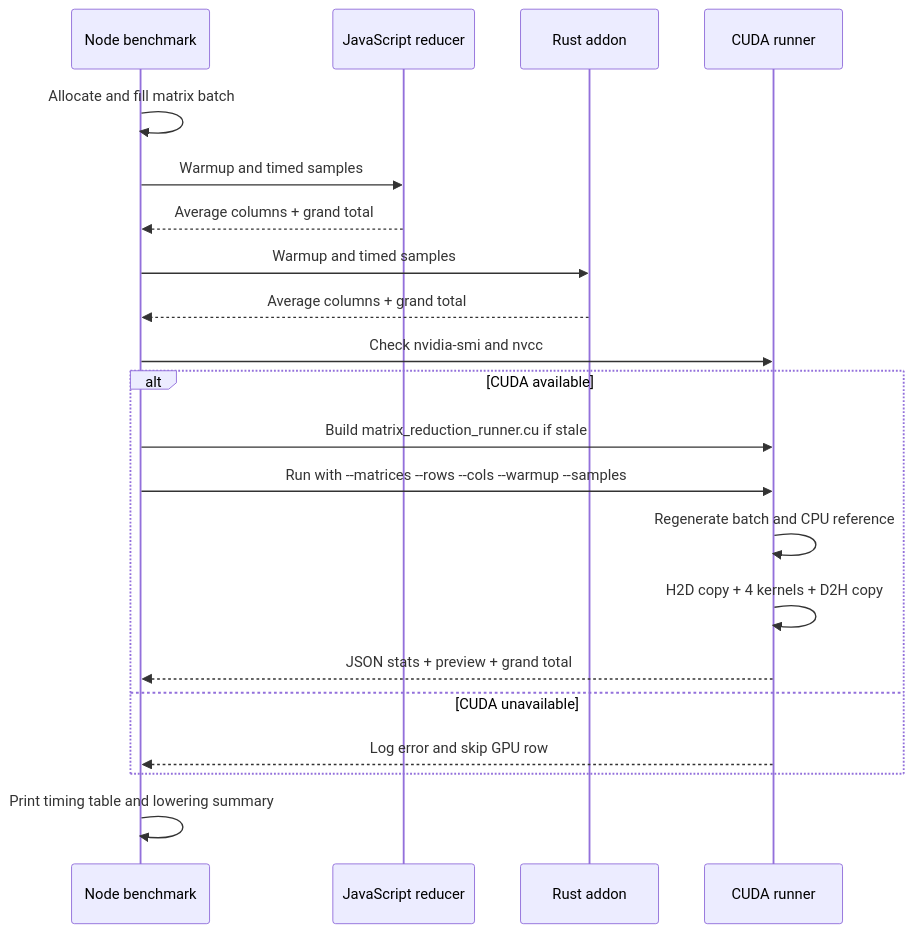
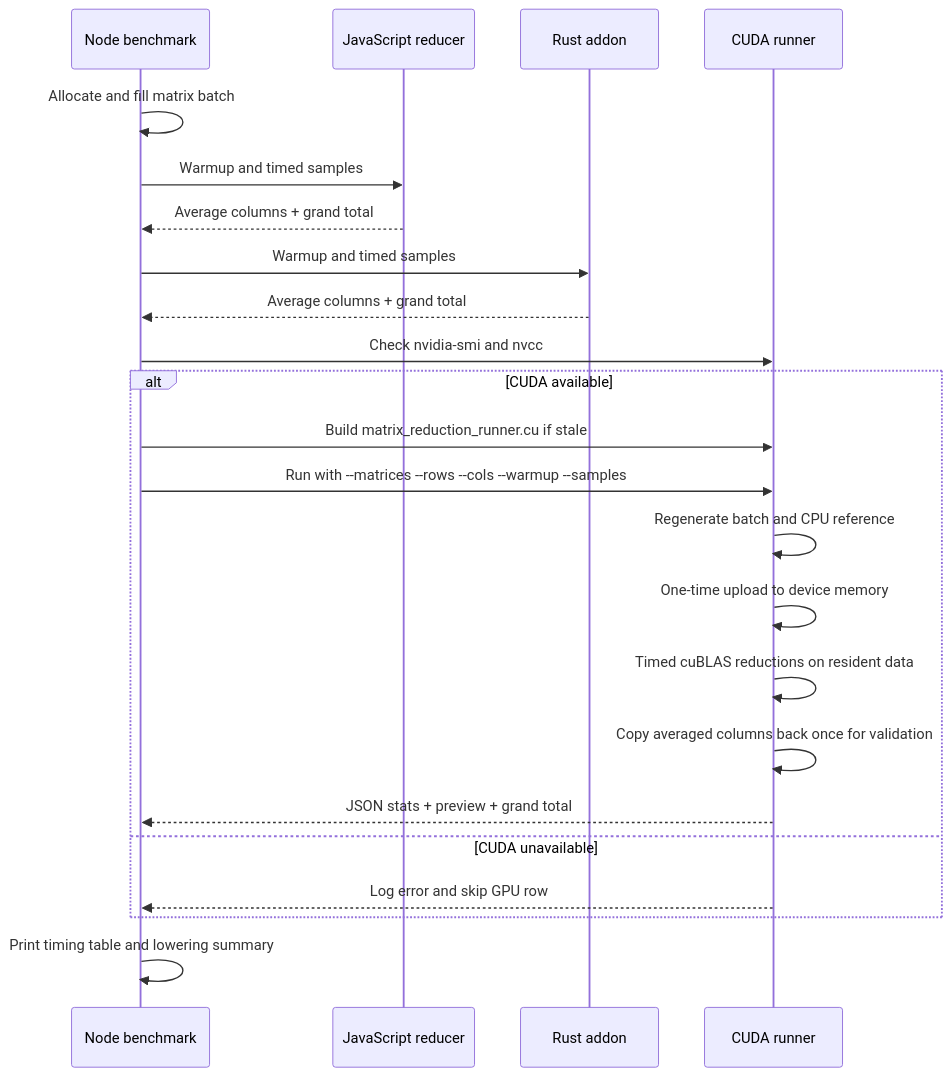
One commit to mtharrison/shader-benchmarking changed the second of 2 diagrams in README.md. Above: the diagram before and after it, drawn with Mermaid. The commit also changed other lines of this file and 4 other files, not shown here.

First line of the commit message:
feat: replace custom CUDA kernels with cuBLAS-backed reduction pipeline

````diff
--- a/README.md
+++ b/README.md
@@ -129,24 +129,26 @@
 ```mermaid
 sequenceDiagram
     participant Bench as Node benchmark
     participant JS as JavaScript reducer
     participant Rust as Rust addon
     participant CUDA as CUDA runner
 
     Bench->>Bench: Allocate and fill matrix batch
     Bench->>JS: Warmup and timed samples
     JS-->>Bench: Average columns + grand total
     Bench->>Rust: Warmup and timed samples
     Rust-->>Bench: Average columns + grand total
     Bench->>CUDA: Check nvidia-smi and nvcc
     alt CUDA available
         Bench->>CUDA: Build matrix_reduction_runner.cu if stale
         Bench->>CUDA: Run with --matrices --rows --cols --warmup --samples
         CUDA->>CUDA: Regenerate batch and CPU reference
-        CUDA->>CUDA: H2D copy + 4 kernels + D2H copy
+        CUDA->>CUDA: One-time upload to device memory
+        CUDA->>CUDA: Timed cuBLAS reductions on resident data
+        CUDA->>CUDA: Copy averaged columns back once for validation
         CUDA-->>Bench: JSON stats + preview + grand total
     else CUDA unavailable
         CUDA-->>Bench: Log error and skip GPU row
     end
     Bench->>Bench: Print timing table and lowering summary
 ```
````
